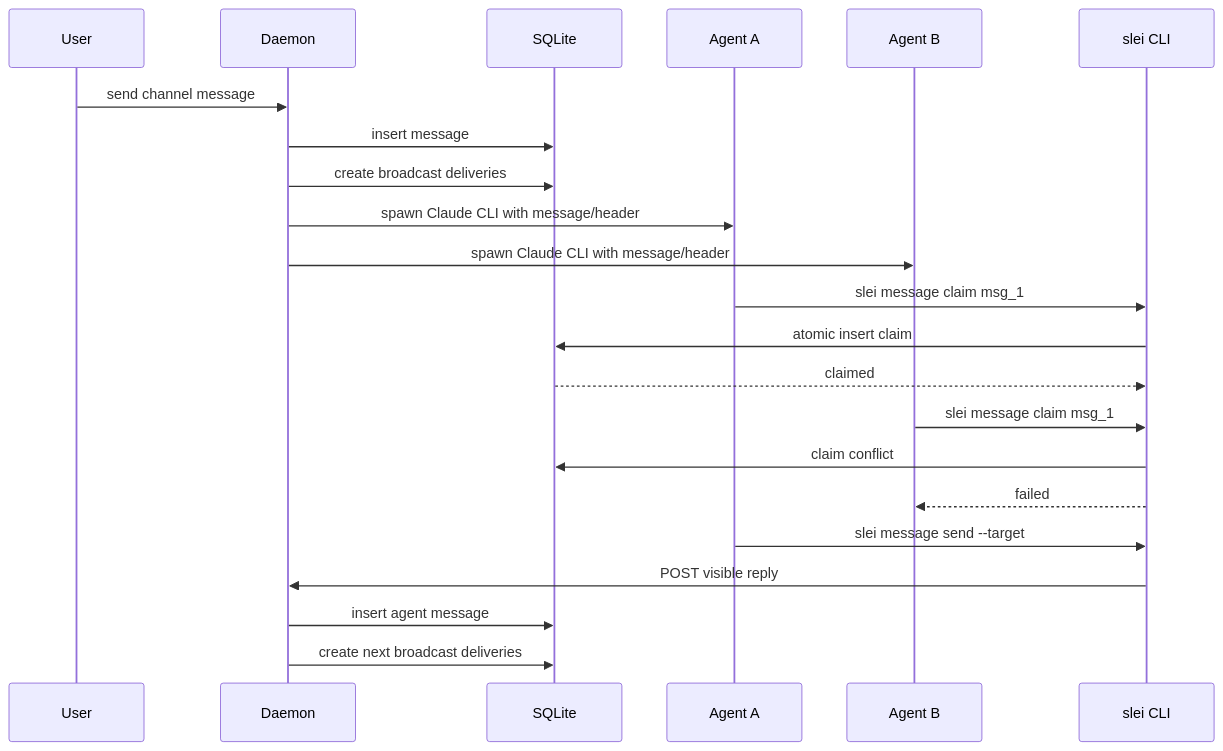
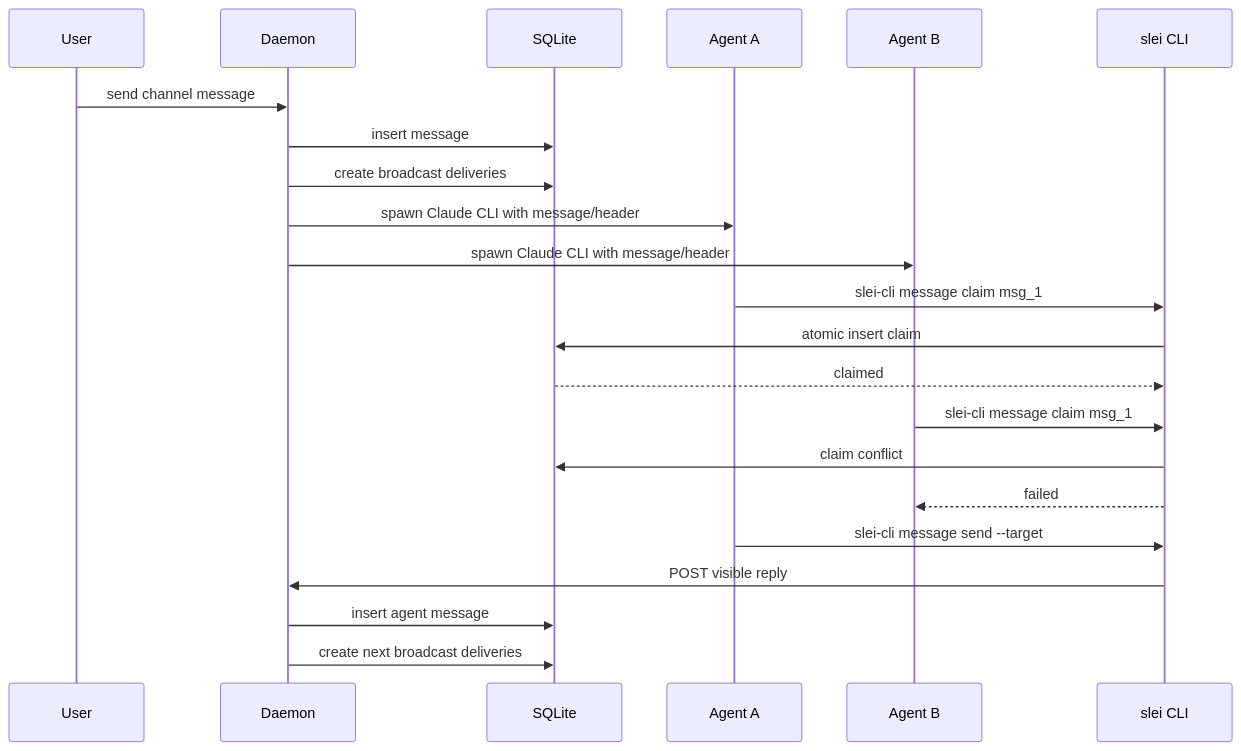
One commit to leedalei/Slei changed the second of 2 diagrams in docs/superpowers/specs/2026-06-15-slei-broadcast-claim-agent-architecture-design.md. Above: the diagram before and after it, drawn with Mermaid. The commit also changed other lines of this file and 24 other files, not shown here.

Commit message:
fix: rename agent cli command to slei-cli

````diff
--- a/docs/superpowers/specs/2026-06-15-slei-broadcast-claim-agent-architecture-design.md
+++ b/docs/superpowers/specs/2026-06-15-slei-broadcast-claim-agent-architecture-design.md
@@ -242,25 +242,25 @@
 ```mermaid
 sequenceDiagram
     participant User
     participant Daemon
     participant Store as SQLite
     participant A as Agent A
     participant B as Agent B
     participant CLI as slei CLI
 
     User->>Daemon: send channel message
     Daemon->>Store: insert message
     Daemon->>Store: create broadcast deliveries
     Daemon->>A: spawn Claude CLI with message/header
     Daemon->>B: spawn Claude CLI with message/header
-    A->>CLI: slei message claim msg_1
+    A->>CLI: slei-cli message claim msg_1
     CLI->>Store: atomic insert claim
     Store-->>CLI: claimed
-    B->>CLI: slei message claim msg_1
+    B->>CLI: slei-cli message claim msg_1
     CLI->>Store: claim conflict
     CLI-->>B: failed
-    A->>CLI: slei message send --target #all
+    A->>CLI: slei-cli message send --target #all
     CLI->>Daemon: POST visible reply
     Daemon->>Store: insert agent message
     Daemon->>Store: create next broadcast deliveries
 ```
````
